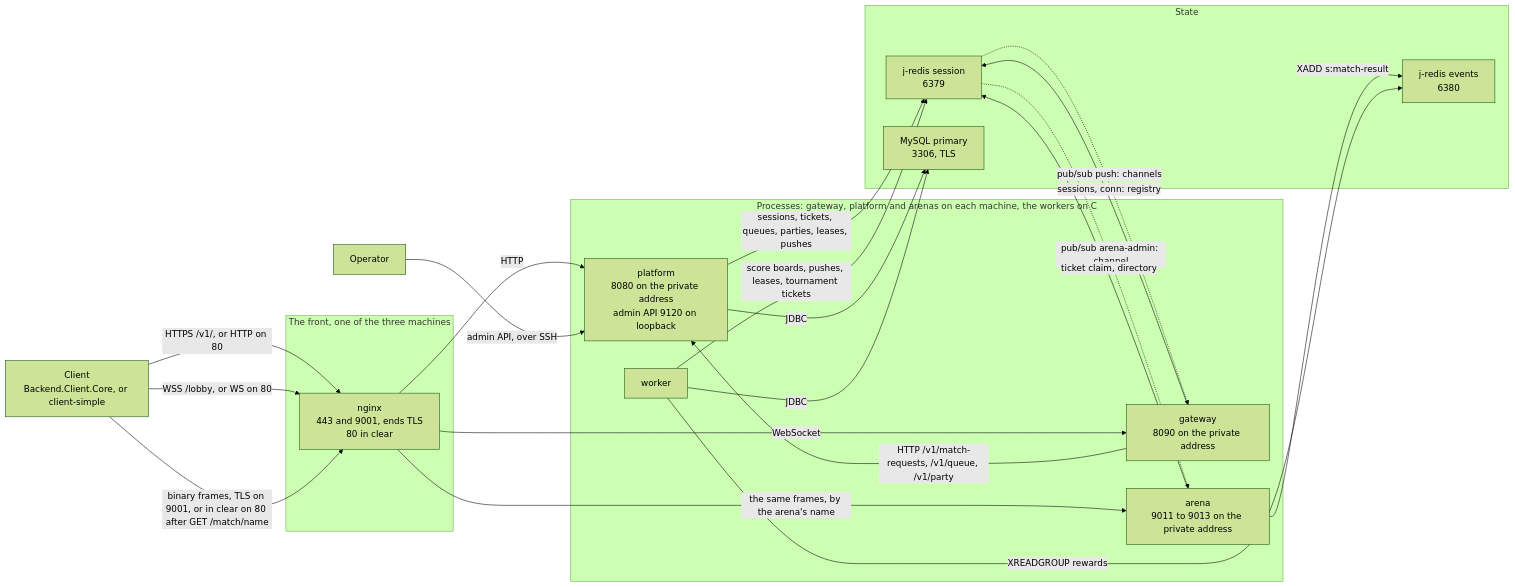
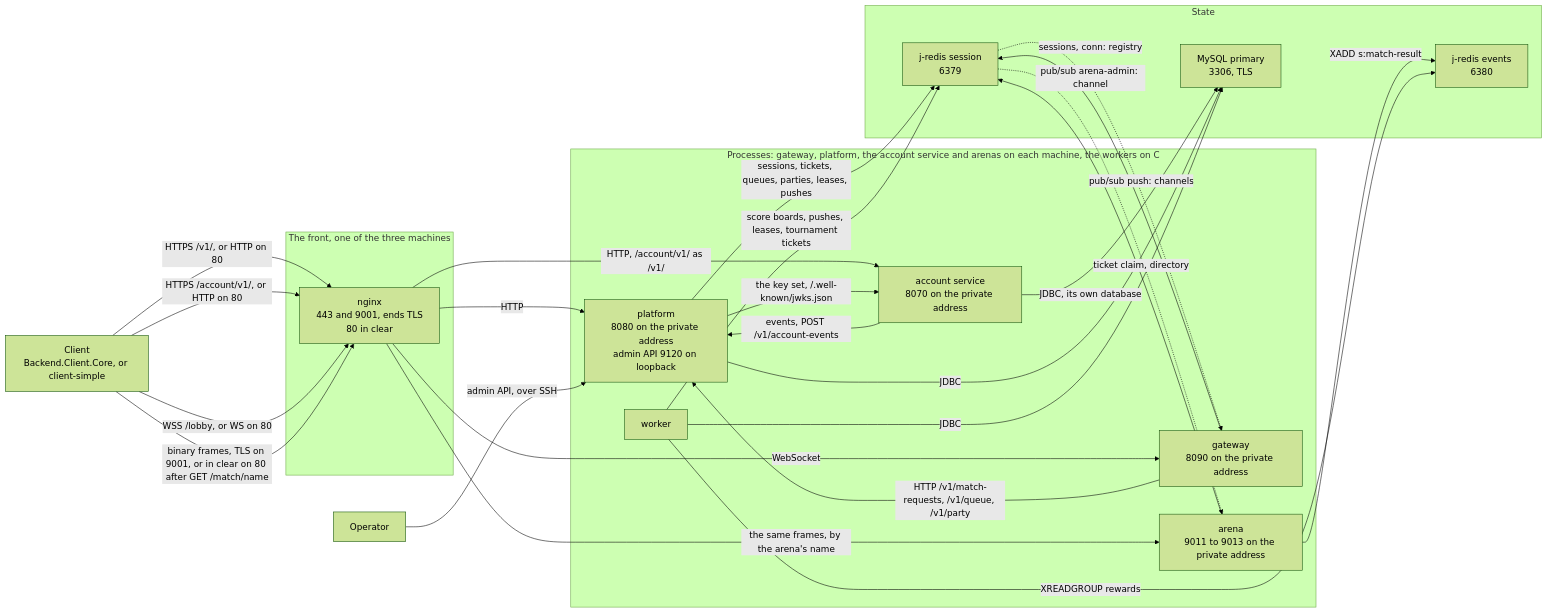
One commit to greensoft-atom/depio-simulation-platform changed the second of 6 diagrams in docs/diagrams/01-system.md. Above: the diagram before and after it, drawn with Mermaid (forest theme). The commit also changed other lines of this file and 21 other files, not shown here.

First line of the commit message:
docs: the account service on every page that names the processes, the ports or the routes; item 142 (g), D-117, done

````diff
--- a/docs/diagrams/01-system.md
+++ b/docs/diagrams/01-system.md
@@ -68,37 +72,43 @@
 ```mermaid
 flowchart LR
     app["Client<br/>Backend.Client.Core, or client-simple"]
     op["Operator"]
     subgraph edgeTier["The front, one of the three machines"]
         nginx["nginx<br/>443 and 9001, ends TLS<br/>80 in clear"]
     end
-    subgraph procs["Processes: gateway, platform and arenas on each machine, the workers on C"]
+    subgraph procs["Processes: gateway, platform, the account service and arenas on each machine, the workers on C"]
+        account["account service<br/>8070 on the private address"]
         gateway["gateway<br/>8090 on the private address"]
         platform["platform<br/>8080 on the private address<br/>admin API 9120 on loopback"]
         arena["arena<br/>9011 to 9013 on the private address"]
         worker["worker"]
     end
     subgraph stores["State"]
         session["j-redis session<br/>6379"]
         events["j-redis events<br/>6380"]
         mysql["MySQL primary<br/>3306, TLS"]
     end
     app -->|"HTTPS /v1/, or HTTP on 80"| nginx
+    app -->|"HTTPS /account/v1/, or HTTP on 80"| nginx
     app -->|"WSS /lobby, or WS on 80"| nginx
     app -->|"binary frames, TLS on 9001, or in clear on 80 after GET /match/name"| nginx
     nginx -->|"HTTP"| platform
+    nginx -->|"HTTP, /account/v1/ as /v1/"| account
+    platform -->|"the key set, /.well-known/jwks.json"| account
+    account -->|"events, POST /v1/account-events"| platform
+    account -->|"JDBC, its own database"| mysql
     nginx -->|"WebSocket"| gateway
     nginx -->|"the same frames, by the arena's name"| arena
     gateway -->|"HTTP /v1/match-requests, /v1/queue, /v1/party"| platform
     gateway -->|"sessions, conn: registry"| session
     session -.->|"pub/sub push: channels"| gateway
     platform -->|"sessions, tickets, queues, parties, leases, pushes"| session
     platform -->|"JDBC"| mysql
     session -.->|"pub/sub arena-admin: channel"| arena
     arena -->|"ticket claim, directory"| session
     arena -->|"XADD s:match-result"| events
     worker -->|"XREADGROUP rewards"| events
     worker -->|"JDBC"| mysql
     worker -->|"score boards, pushes, leases, tournament tickets"| session
     op -->|"admin API, over SSH"| platform
 ```
````
